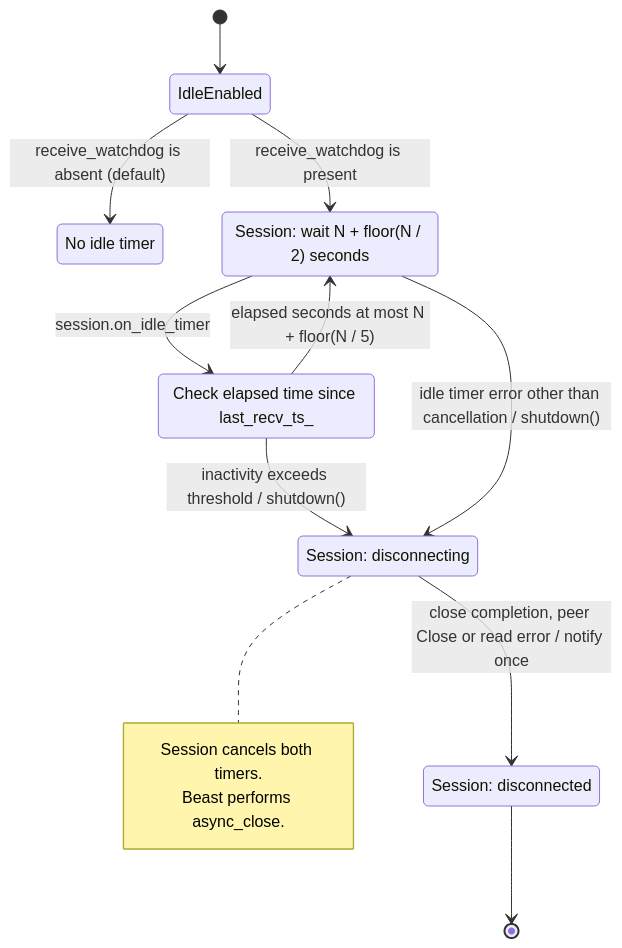
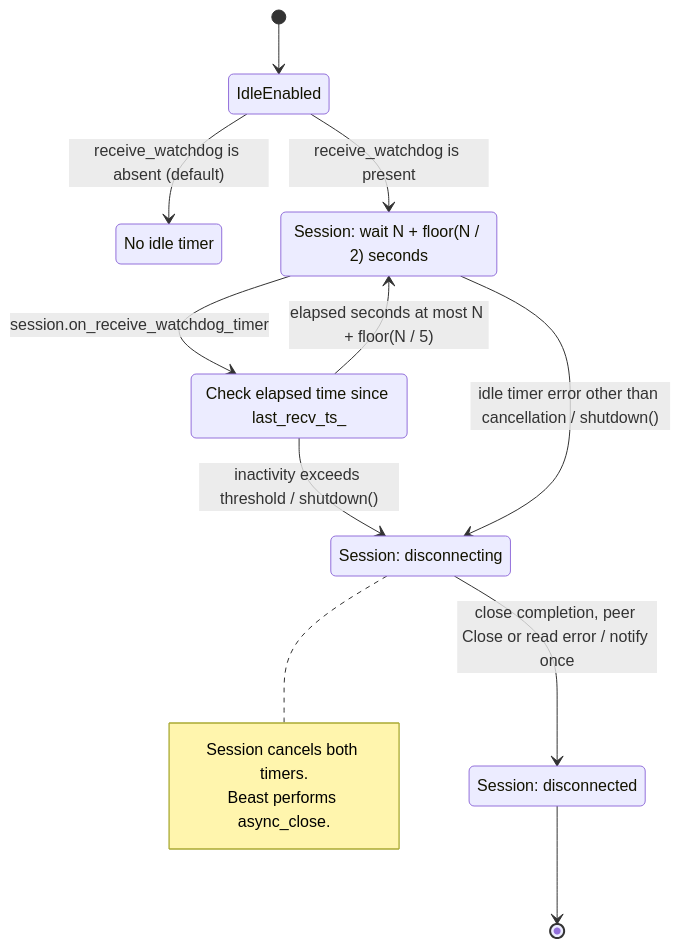
Before and after one commit to nomisma-labs/asio_comm: the third of 3 diagrams in core/asio_comm/ping_work.md, drawn with Mermaid. The commit also changed other lines of this file and 9 other files, not shown here.

Commit message:
Complete renaming of idle_timer to recieve_watchdog_timer

````diff
--- a/core/asio_comm/ping_work.md
+++ b/core/asio_comm/ping_work.md
@@ -141,22 +141,22 @@
 ```mermaid
 stateDiagram-v2
     [*] --> IdleEnabled
     state IdleEnabled <<choice>>
     state "No idle timer" as IdleOff
     IdleEnabled --> IdleOff : receive_watchdog is absent (default)
     IdleEnabled --> IdleWait : receive_watchdog is present
     state "Session: wait N + floor(N / 2) seconds" as IdleWait
     state "Check elapsed time since last_recv_ts_" as IdleCheck
     state "Session: disconnecting" as Disconnecting
     state "Session: disconnected" as Disconnected
-    IdleWait --> IdleCheck : session.on_idle_timer
+    IdleWait --> IdleCheck : session.on_receive_watchdog_timer
     IdleCheck --> IdleWait : elapsed seconds at most N + floor(N / 5)
     IdleCheck --> Disconnecting : inactivity exceeds threshold / shutdown()
     IdleWait --> Disconnecting : idle timer error other than cancellation / shutdown()
     note right of Disconnecting
         Session cancels both timers.
         Beast performs async_close.
     end note
     Disconnecting --> Disconnected : close completion, peer Close or read error / notify once
     Disconnected --> [*]
 ```
````
